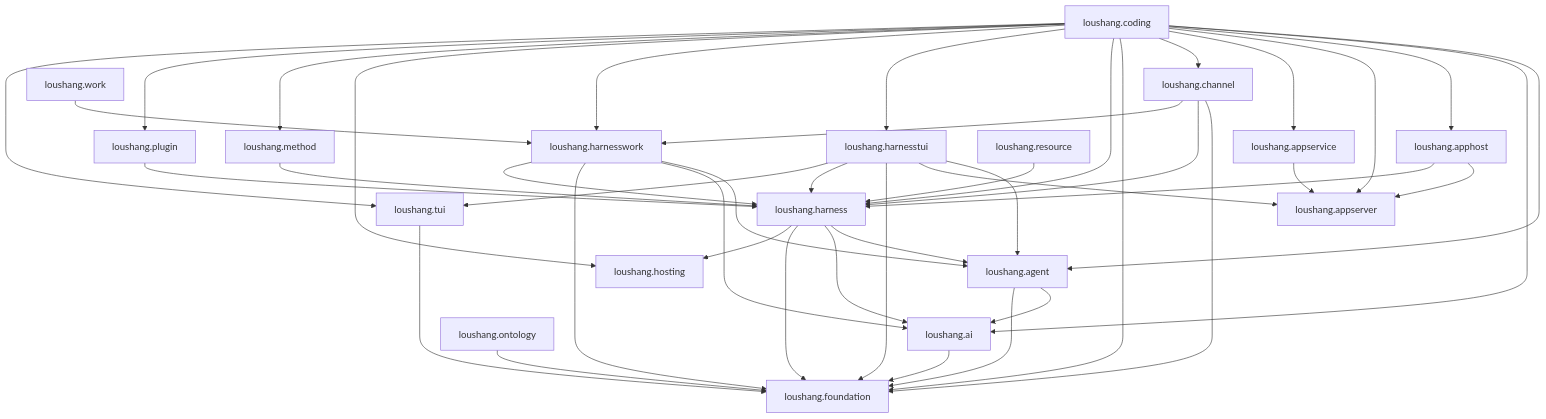
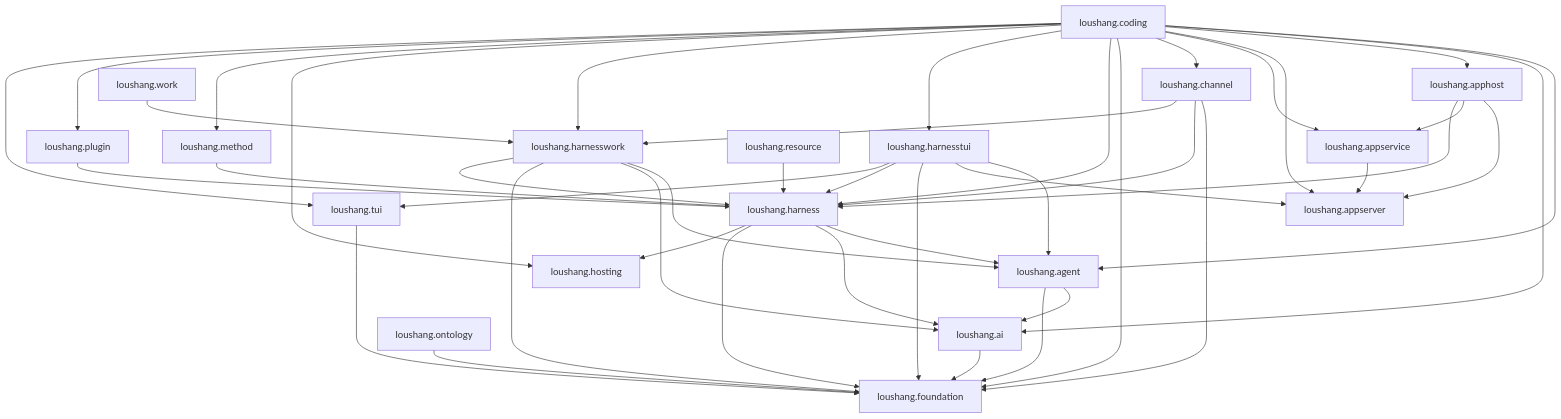
One commit to zhnt/loushang changed the diagram in docs/internals/architecture/generated/current-package-dependencies.md. Above: the diagram before and after it, drawn with Mermaid. The commit also changed other lines of this file and 25 other files, not shown here.

````diff
--- a/docs/internals/architecture/generated/current-package-dependencies.md
+++ b/docs/internals/architecture/generated/current-package-dependencies.md
@@ -27,64 +27,65 @@
 ```mermaid
 graph TD
     PKG_AGENT["loushang.agent"]
     PKG_AI["loushang.ai"]
     PKG_APPHOST["loushang.apphost"]
     PKG_APPSERVER["loushang.appserver"]
     PKG_APPSERVICE["loushang.appservice"]
     PKG_CHANNEL["loushang.channel"]
     PKG_CODING["loushang.coding"]
     PKG_FOUNDATION["loushang.foundation"]
     PKG_HARNESS["loushang.harness"]
     PKG_HARNESSTUI["loushang.harnesstui"]
     PKG_HARNESSWORK["loushang.harnesswork"]
     PKG_HOSTING["loushang.hosting"]
     PKG_METHOD["loushang.method"]
     PKG_ONTOLOGY["loushang.ontology"]
     PKG_PLUGIN["loushang.plugin"]
     PKG_RESOURCE["loushang.resource"]
     PKG_TUI["loushang.tui"]
     PKG_WORK["loushang.work"]
 
     PKG_AGENT --> PKG_AI
     PKG_AGENT --> PKG_FOUNDATION
     PKG_AI --> PKG_FOUNDATION
     PKG_APPHOST --> PKG_APPSERVER
+    PKG_APPHOST --> PKG_APPSERVICE
     PKG_APPHOST --> PKG_HARNESS
     PKG_APPSERVICE --> PKG_APPSERVER
     PKG_CHANNEL --> PKG_FOUNDATION
     PKG_CHANNEL --> PKG_HARNESS
     PKG_CHANNEL --> PKG_HARNESSWORK
     PKG_CODING --> PKG_AGENT
     PKG_CODING --> PKG_AI
     PKG_CODING --> PKG_APPHOST
     PKG_CODING --> PKG_APPSERVER
     PKG_CODING --> PKG_APPSERVICE
     PKG_CODING --> PKG_CHANNEL
     PKG_CODING --> PKG_FOUNDATION
     PKG_CODING --> PKG_HARNESS
     PKG_CODING --> PKG_HARNESSTUI
     PKG_CODING --> PKG_HARNESSWORK
     PKG_CODING --> PKG_HOSTING
     PKG_CODING --> PKG_METHOD
     PKG_CODING --> PKG_PLUGIN
     PKG_CODING --> PKG_TUI
     PKG_HARNESS --> PKG_AGENT
     PKG_HARNESS --> PKG_AI
     PKG_HARNESS --> PKG_FOUNDATION
     PKG_HARNESS --> PKG_HOSTING
     PKG_HARNESSTUI --> PKG_AGENT
     PKG_HARNESSTUI --> PKG_APPSERVER
     PKG_HARNESSTUI --> PKG_FOUNDATION
     PKG_HARNESSTUI --> PKG_HARNESS
     PKG_HARNESSTUI --> PKG_TUI
     PKG_HARNESSWORK --> PKG_AGENT
     PKG_HARNESSWORK --> PKG_AI
     PKG_HARNESSWORK --> PKG_FOUNDATION
     PKG_HARNESSWORK --> PKG_HARNESS
     PKG_METHOD --> PKG_HARNESS
     PKG_ONTOLOGY --> PKG_FOUNDATION
     PKG_PLUGIN --> PKG_HARNESS
     PKG_RESOURCE --> PKG_HARNESS
     PKG_TUI --> PKG_FOUNDATION
     PKG_WORK --> PKG_HARNESSWORK
 ```
````
